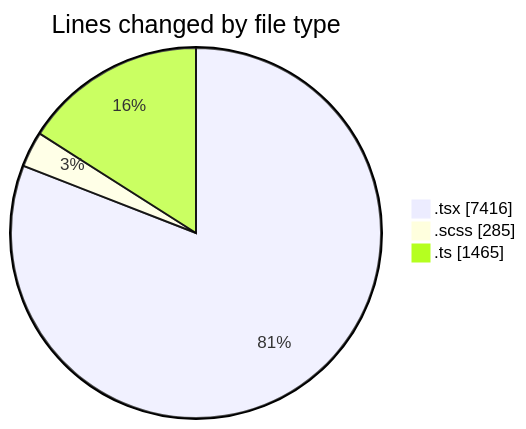
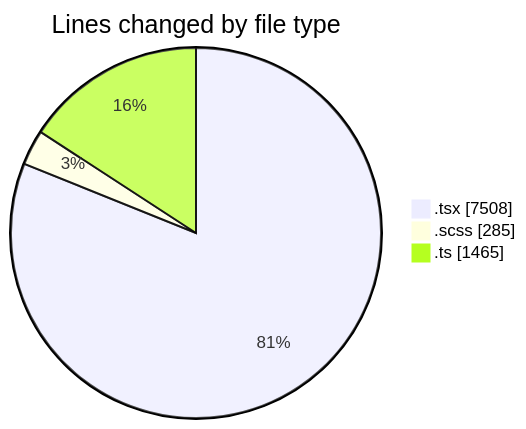
The first of 2 diagrams in 2026-02-25/cda/README.md (momahboobian/code-tracking), drawn with Mermaid before and after one commit. The commit also changed other lines of this file and 1 other file, not shown here.

````diff
--- a/2026-02-25/cda/README.md
+++ b/2026-02-25/cda/README.md
@@ -26,7 +26,7 @@
 ```mermaid
 pie showData
 title Lines changed by file type
-".tsx" : 7416
+".tsx" : 7508
 ".scss" : 285
 ".ts" : 1465
 ```
````
